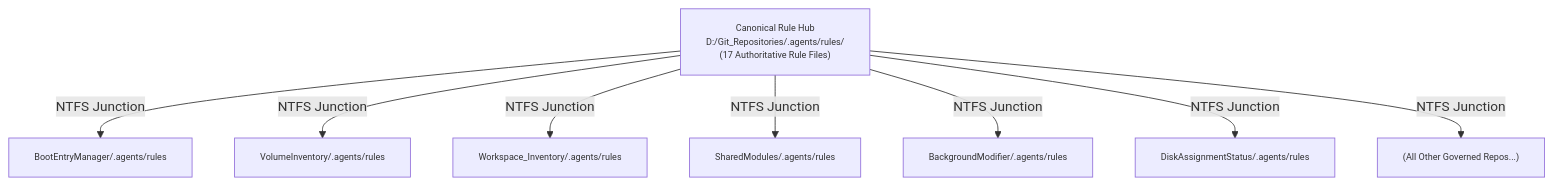
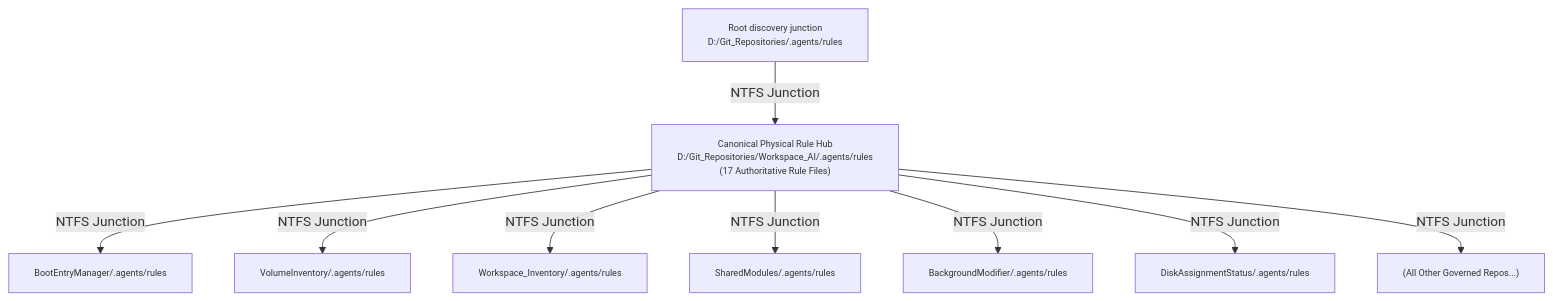
Before and after one commit to rgbigel/Workspace_AI: the first of 2 diagrams in docs/LCM-Rules-Cross-Reference.md, drawn with Mermaid. The commit also changed other lines of this file and 49 other files, not shown here.

````diff
--- a/docs/LCM-Rules-Cross-Reference.md
+++ b/docs/LCM-Rules-Cross-Reference.md
@@ -15,15 +15,17 @@
 ```mermaid
 graph TD
     classDef default font-size:8pt;
-    Hub["Canonical Rule Hub<br/>D:/Git_Repositories/.agents/rules/<br/>(17 Authoritative Rule Files)"]
-    
+    Root["Root discovery junction<br/>D:/Git_Repositories/.agents/rules"]
+    Hub["Canonical Physical Rule Hub<br/>D:/Git_Repositories/Workspace_AI/.agents/rules<br/>(17 Authoritative Rule Files)"]
+
+    Root -->|NTFS Junction| Hub
     Hub -->|NTFS Junction| J1["BootEntryManager/.agents/rules"]
     Hub -->|NTFS Junction| J2["VolumeInventory/.agents/rules"]
     Hub -->|NTFS Junction| J3["Workspace_Inventory/.agents/rules"]
     Hub -->|NTFS Junction| J4["SharedModules/.agents/rules"]
     Hub -->|NTFS Junction| J5["BackgroundModifier/.agents/rules"]
     Hub -->|NTFS Junction| J6["DiskAssignmentStatus/.agents/rules"]
     Hub -->|NTFS Junction| J7["(All Other Governed Repos...)"]
 
 
 ```
````
